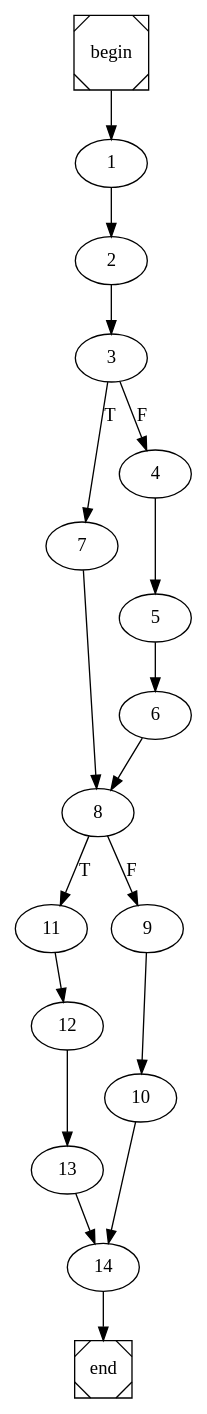
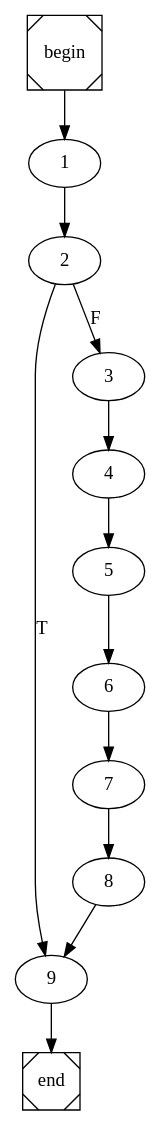
The diagram in quicksort.dot (pedrojfs17/FEUP-COMP), drawn with Graphviz before and after one commit. The commit also changed 39 other files, not shown here.

```diff
--- a/quicksort.dot
+++ b/quicksort.dot
@@ -1,4 +1,4 @@
 digraph cfg {
 	begin [shape=Msquare];
 	end [shape=Msquare];
-	begin -> 1;	1 -> 2;	2 -> 3;	3 -> 7[label=T];	3 -> 4[label=F];	4 -> 5;	5 -> 6;	6 -> 8;	7 -> 8;	8 -> 11[label=T];	8 -> 9[label=F];	9 -> 10;	10 -> 14;	11 -> 12;	12 -> 13;	13 -> 14;	14 -> end;}
+	begin -> 1;	1 -> 2;	2 -> 9[label=T];	2 -> 3[label=F];	3 -> 4;	4 -> 5;	5 -> 6;	6 -> 7;	7 -> 8;	8 -> 9;	9 -> end;}
```
